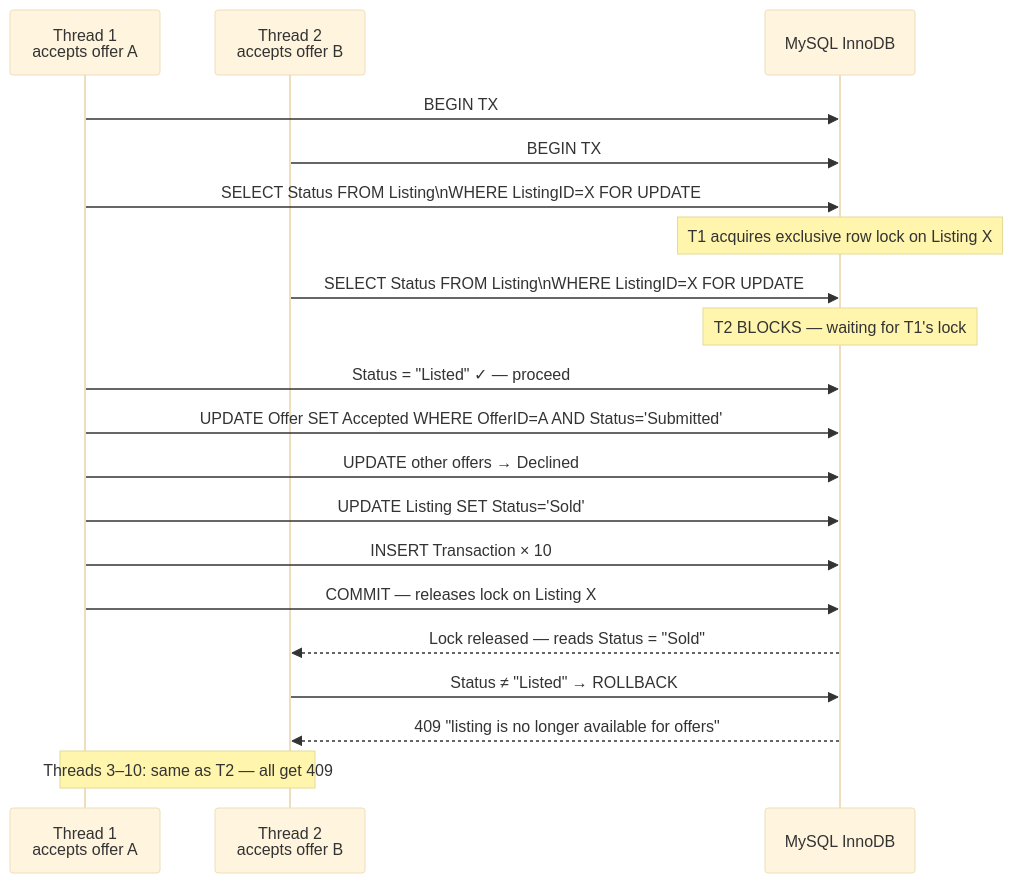
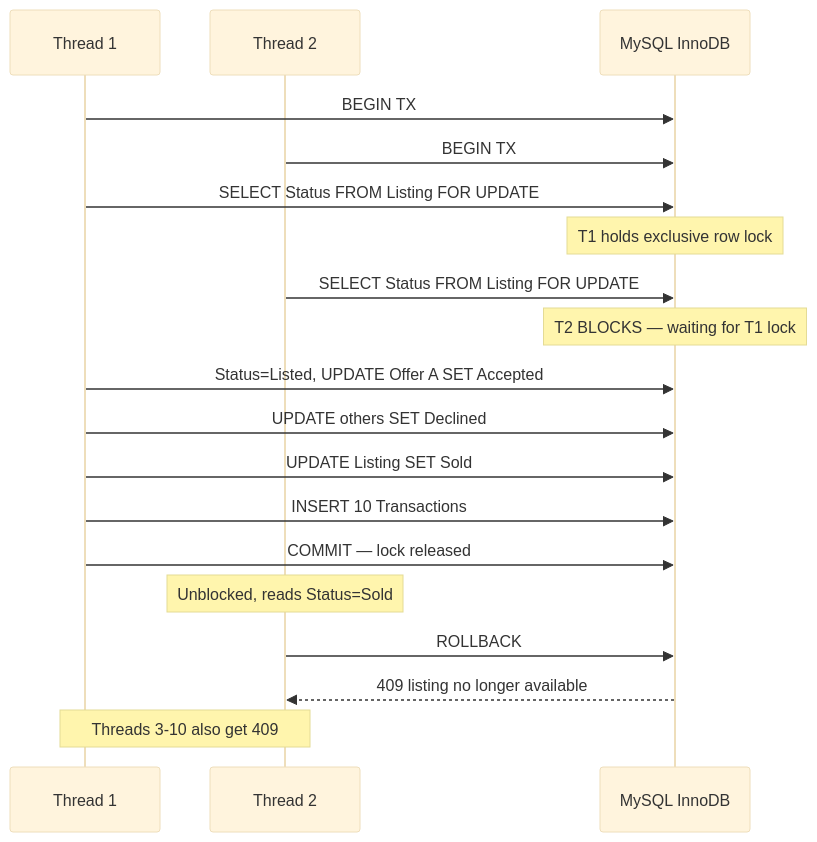
The sixth of 10 diagrams in Assignment_3/Module_B/MODULE_B_REPORT.md (Zeenu03/Campus_Trading_App), drawn with Mermaid (base theme) before and after one commit. The commit also changed other lines of this file and 3 other files, not shown here.

````diff
--- a/Assignment_3/Module_B/MODULE_B_REPORT.md
+++ b/Assignment_3/Module_B/MODULE_B_REPORT.md
@@ -260,28 +227,22 @@
 ```mermaid
 sequenceDiagram
-    participant T1 as Thread 1<br/>accepts offer A
-    participant T2 as Thread 2<br/>accepts offer B
+    participant T1 as Thread 1
+    participant T2 as Thread 2
     participant DB as MySQL InnoDB
 
     T1->>DB: BEGIN TX
     T2->>DB: BEGIN TX
-
-    T1->>DB: SELECT Status FROM Listing\nWHERE ListingID=X FOR UPDATE
-    Note over DB: T1 acquires exclusive row lock on Listing X
-
-    T2->>DB: SELECT Status FROM Listing\nWHERE ListingID=X FOR UPDATE
-    Note over DB: T2 BLOCKS — waiting for T1's lock
-
-    T1->>DB: Status = "Listed" ✓ — proceed
-    T1->>DB: UPDATE Offer SET Accepted WHERE OfferID=A AND Status='Submitted'
-    T1->>DB: UPDATE other offers → Declined
-    T1->>DB: UPDATE Listing SET Status='Sold'
-    T1->>DB: INSERT Transaction × 10
-    T1->>DB: COMMIT — releases lock on Listing X
-
-    DB-->>T2: Lock released — reads Status = "Sold"
-    T2->>DB: Status ≠ "Listed" → ROLLBACK
-    DB-->>T2: 409 "listing is no longer available for offers"
-
-    Note over T1,T2: Threads 3–10: same as T2 — all get 409
+    T1->>DB: SELECT Status FROM Listing FOR UPDATE
+    Note over DB: T1 holds exclusive row lock
+    T2->>DB: SELECT Status FROM Listing FOR UPDATE
+    Note over DB: T2 BLOCKS — waiting for T1 lock
+    T1->>DB: Status=Listed, UPDATE Offer A SET Accepted
+    T1->>DB: UPDATE others SET Declined
+    T1->>DB: UPDATE Listing SET Sold
+    T1->>DB: INSERT 10 Transactions
+    T1->>DB: COMMIT — lock released
+    Note over T2: Unblocked, reads Status=Sold
+    T2->>DB: ROLLBACK
+    DB-->>T2: 409 listing no longer available
+    Note over T1,T2: Threads 3-10 also get 409
 ```
````
